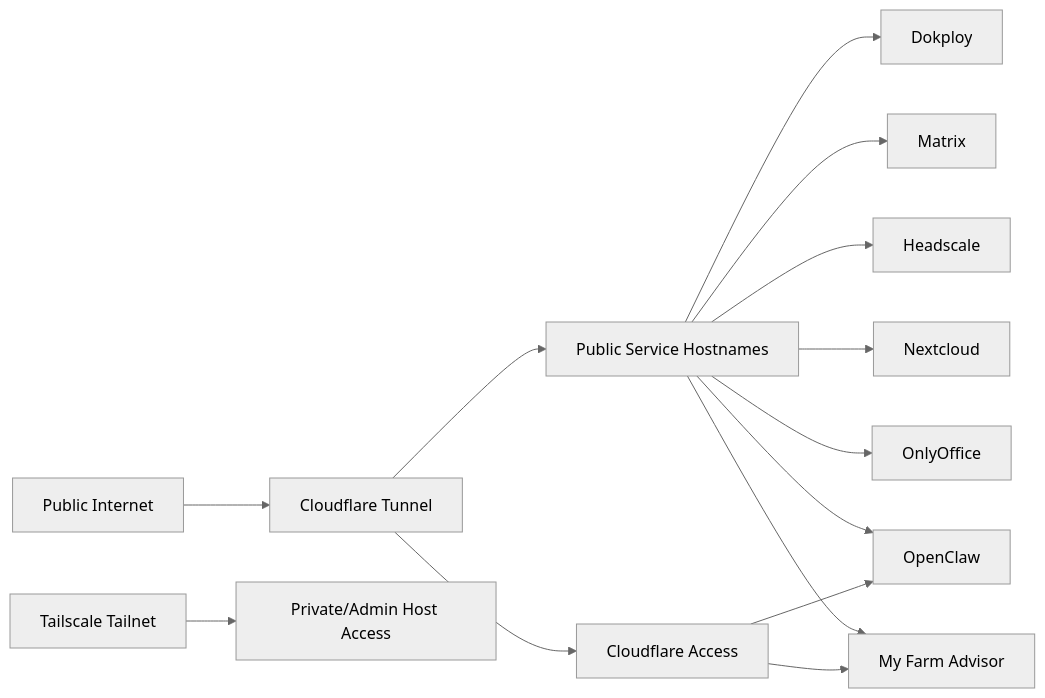
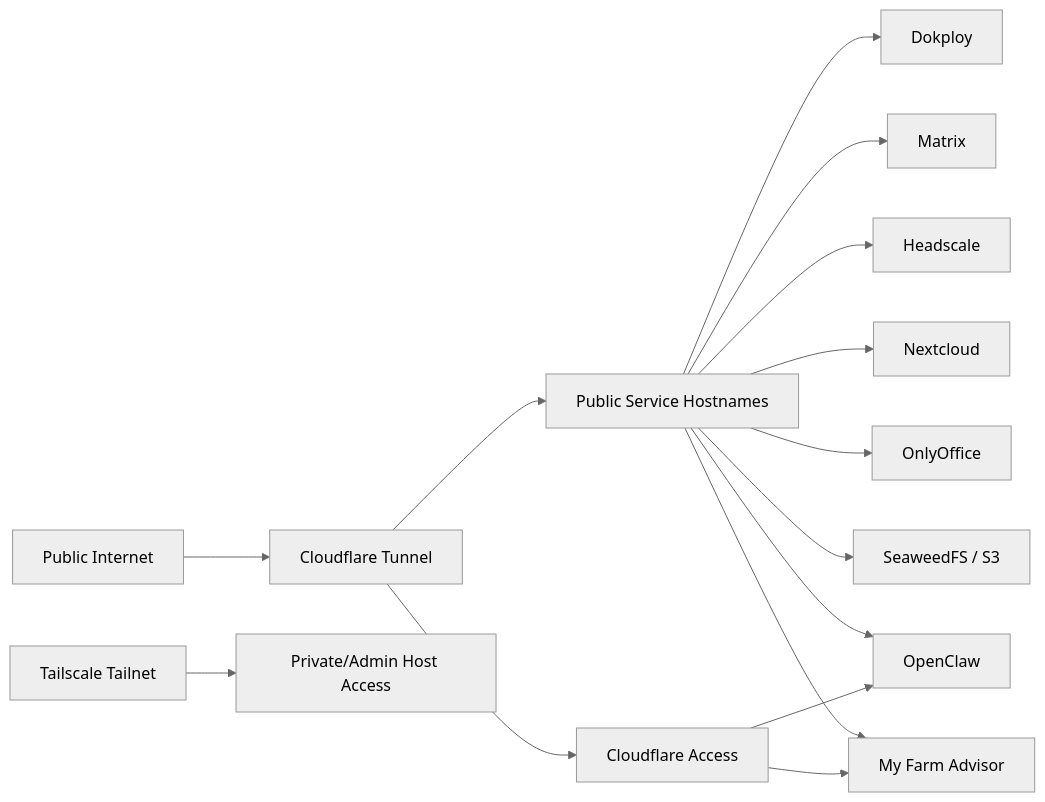
The second of 3 diagrams in README.md (borealBytes/dokploy-wizard), drawn with Mermaid (neutral theme) before and after one commit. The commit also changed other lines of this file, not shown here.

````diff
--- a/README.md
+++ b/README.md
@@ -63,19 +65,20 @@
 ```mermaid
 flowchart LR
     Internet[Public Internet] --> CF[Cloudflare Tunnel]
     CF --> PublicApps[Public Service Hostnames]
 
     TNet[Tailscale Tailnet] --> Host[Private/Admin Host Access]
 
     PublicApps --> Dokploy[Dokploy]
     PublicApps --> Matrix[Matrix]
     PublicApps --> Headscale[Headscale]
     PublicApps --> Nextcloud[Nextcloud]
     PublicApps --> OnlyOffice[OnlyOffice]
+    PublicApps --> S3[SeaweedFS / S3]
     PublicApps --> OpenClaw[OpenClaw]
     PublicApps --> MFA[My Farm Advisor]
 
     CF --> Access[Cloudflare Access]
     Access --> OpenClaw
     Access --> MFA
 ```
````
